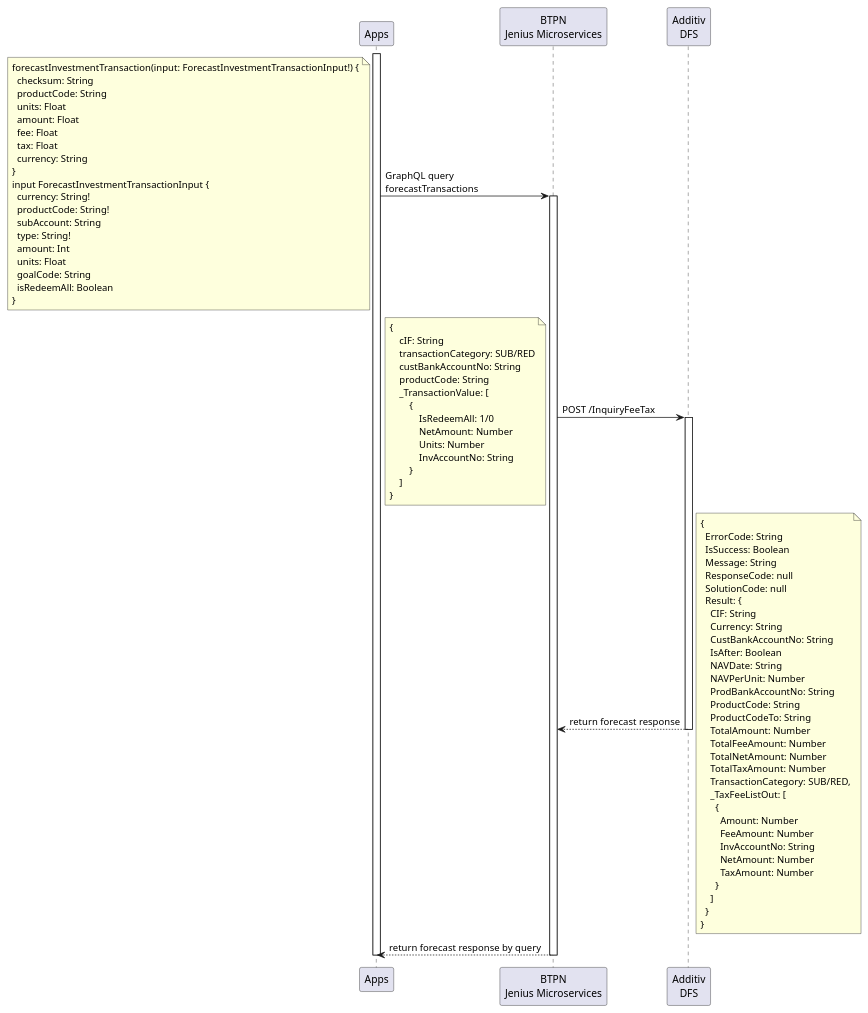
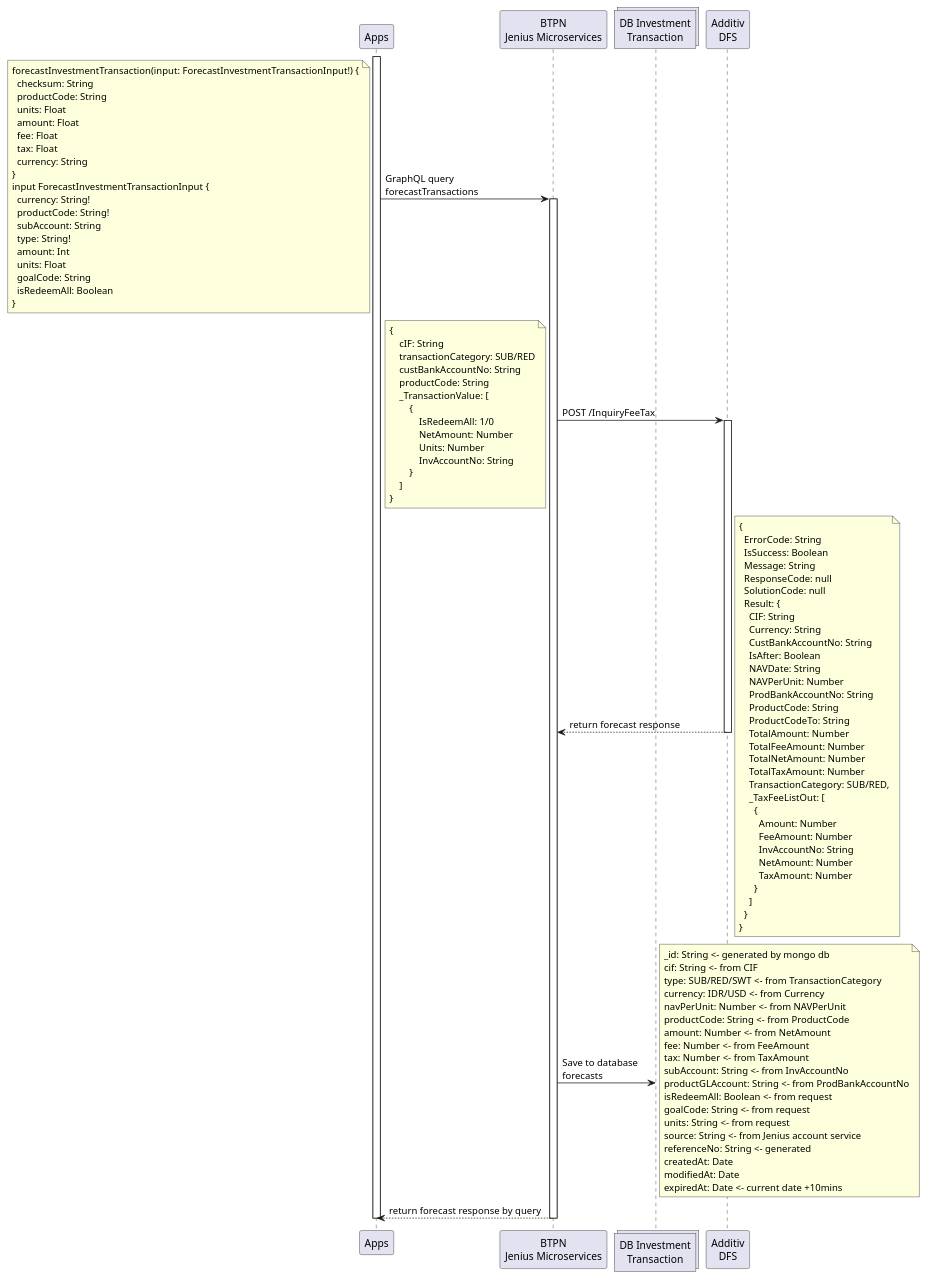
Before and after one commit to iksena/jenius-uml: the diagram in jeniusDfs/forecasts.puml, drawn with PlantUML. The commit also changed 12 other files, not shown here.

```diff
--- a/jeniusDfs/forecasts.puml
+++ b/jeniusDfs/forecasts.puml
@@ -1,88 +1,111 @@
 @startuml forecast
 participant "Apps" as app
 participant "BTPN\nJenius Microservices" as ms
+collections "DB Investment\nTransaction" as db
 participant "Additiv\nDFS" as dfs
 
 activate app
 app -> ms: GraphQL query\nforecastTransactions
 note left
 forecastInvestmentTransaction(input: ForecastInvestmentTransactionInput!) {
   checksum: String
   productCode: String
   units: Float
   amount: Float
   fee: Float
   tax: Float
   currency: String
 }
 input ForecastInvestmentTransactionInput {
   currency: String!
   productCode: String!
   subAccount: String
   type: String!
   amount: Int
   units: Float
   goalCode: String
   isRedeemAll: Boolean
 }
 end note
 activate ms
 ms -> dfs: POST /InquiryFeeTax
 note left
 {
     cIF: String
     transactionCategory: SUB/RED
     custBankAccountNo: String
     productCode: String
     _TransactionValue: [
         {
             IsRedeemAll: 1/0
             NetAmount: Number
             Units: Number
             InvAccountNo: String
         }
     ]
 }
 end note
 activate dfs
 dfs --> ms: return forecast response
 note right
 {
   ErrorCode: String
   IsSuccess: Boolean
   Message: String
   ResponseCode: null
   SolutionCode: null
   Result: {
     CIF: String
     Currency: String
     CustBankAccountNo: String
     IsAfter: Boolean
     NAVDate: String
     NAVPerUnit: Number
     ProdBankAccountNo: String
     ProductCode: String
     ProductCodeTo: String
     TotalAmount: Number
     TotalFeeAmount: Number
     TotalNetAmount: Number
     TotalTaxAmount: Number
     TransactionCategory: SUB/RED,
     _TaxFeeListOut: [
       {
         Amount: Number
         FeeAmount: Number
         InvAccountNo: String
         NetAmount: Number
         TaxAmount: Number
       }
     ]
   }
 }
 end note
 deactivate dfs
+ms -> db: Save to database\nforecasts
+note right
+_id: String <- generated by mongo db
+cif: String <- from CIF
+type: SUB/RED/SWT <- from TransactionCategory
+currency: IDR/USD <- from Currency
+navPerUnit: Number <- from NAVPerUnit
+productCode: String <- from ProductCode
+amount: Number <- from NetAmount
+fee: Number <- from FeeAmount
+tax: Number <- from TaxAmount 
+subAccount: String <- from InvAccountNo
+productGLAccount: String <- from ProdBankAccountNo
+isRedeemAll: Boolean <- from request
+goalCode: String <- from request
+units: String <- from request
+source: String <- from Jenius account service
+referenceNo: String <- generated
+createdAt: Date
+modifiedAt: Date
+expiredAt: Date <- current date +10mins
+end note
 ms --> app: return forecast response by query
 deactivate ms
 deactivate app
 
 @enduml
```
